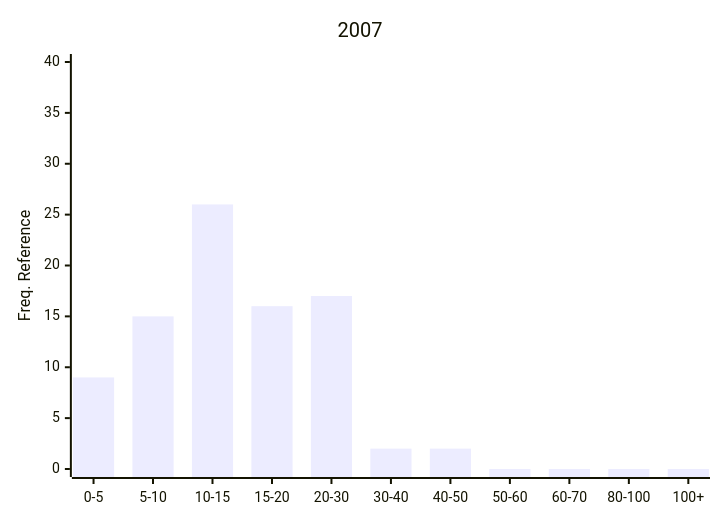
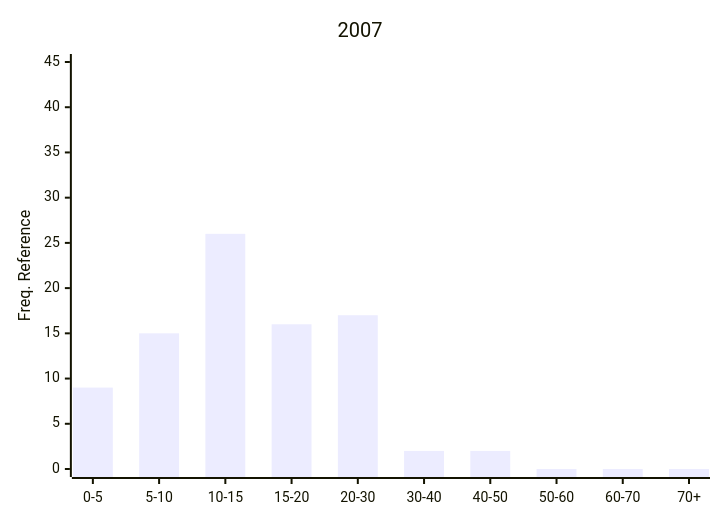
Before and after one commit to Nemus-Project/fair-nime-2026: diagram 11 of 29 in README.md, drawn with Mermaid. The commit also changed other lines of this file, not shown here.

Commit message:
add freq charts

````diff
--- a/README.md
+++ b/README.md
@@ -529,7 +532,7 @@
 ```mermaid
 xychart-beta
     title "2007"
-    x-axis ["0-5", "5-10", "10-15", "15-20", "20-30", "30-40", "40-50", "50-60", "60-70", "80-100", "100+"]
-    y-axis "Freq. Reference" 0 --> 40
-    bar [9, 15, 26, 16, 17, 2, 2, 0, 0, 0, 0]
+    x-axis ["0-5", "5-10", "10-15", "15-20", "20-30", "30-40", "40-50", "50-60", "60-70", "70+"]
+    y-axis "Freq. Reference" 0 --> 45
+    bar [9, 15, 26, 16, 17, 2, 2, 0, 0, 0]
 ```    
````
